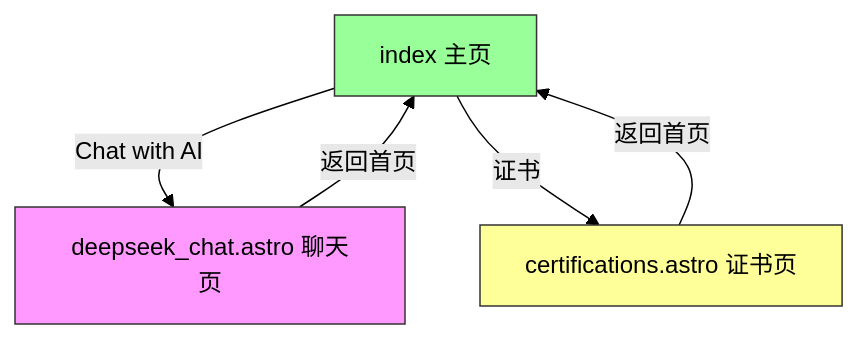
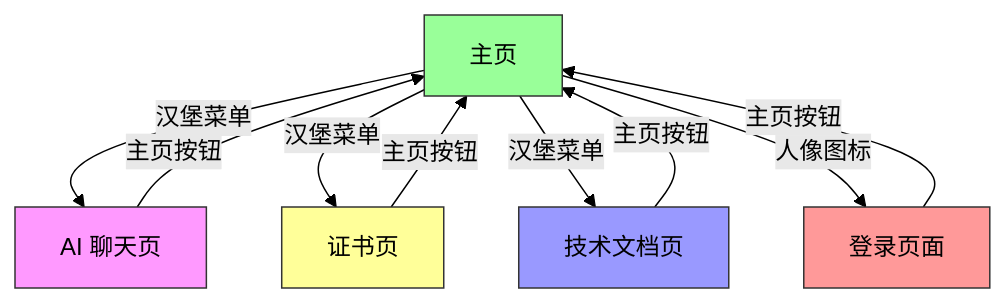
Before and after one commit to RendaZhang/rendazhang: the second of 2 diagrams in public/README.md, drawn with Mermaid (forest theme). The commit also changed other lines of this file and 6 other files, not shown here.

````diff
--- a/public/README.md
+++ b/public/README.md
@@ -210,11 +224,17 @@
 ```mermaid
 flowchart TD
-    A[index 主页] -->|Chat with AI| B[deepseek_chat.astro 聊天页]
-    A -->|证书| C[certifications.astro 证书页]
-    B -->|返回首页| A
-    C -->|返回首页| A
+    A[主页] -->|汉堡菜单| B[AI 聊天页]
+    A -->|汉堡菜单| C[证书页]
+    A -->|汉堡菜单| D[技术文档页]
+    A -->|人像图标| E[登录页面]
+    B -->|主页按钮| A
+    C -->|主页按钮| A
+    D -->|主页按钮| A
+    E -->|主页按钮| A
 
     style A fill:#9f9,stroke:#333
     style B fill:#f9f,stroke:#333
     style C fill:#ff9,stroke:#333
+    style D fill:#99f,stroke:#333
+    style E fill:#f99,stroke:#333
 ```
````
